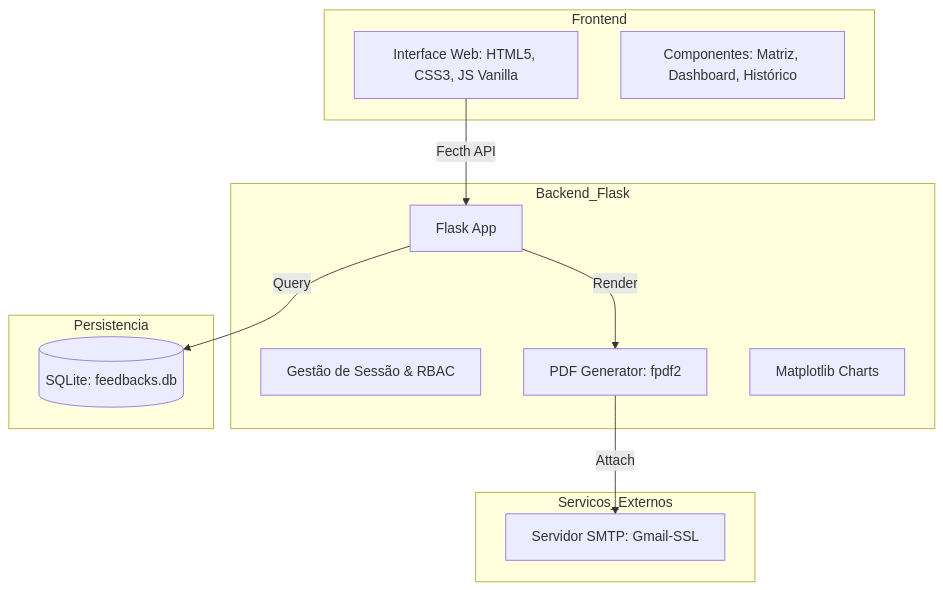
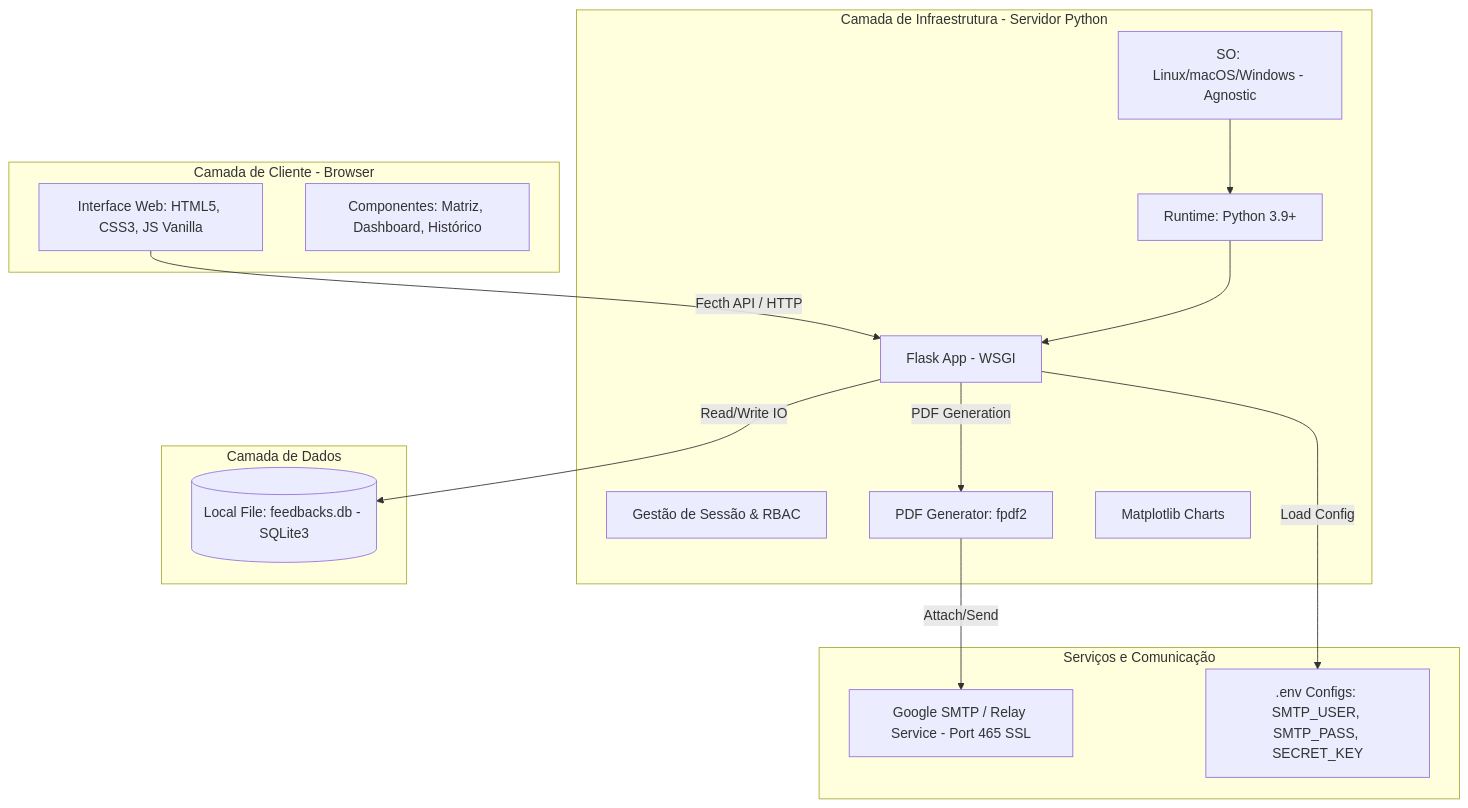
The diagram in README.md (luizsilvestrini-fernando/eng_feedback_tool), drawn with Mermaid before and after one commit. The commit also changed 1 other file, not shown here.

Commit message:
docs: complete infrastructure architecture and postman environment variables

````diff
--- a/README.md
+++ b/README.md
@@ -9,27 +9,33 @@
 ```mermaid
 graph TD
-    subgraph Frontend
+    subgraph Cliente_Navegador [Camada de Cliente - Browser]
         Web[Interface Web: HTML5, CSS3, JS Vanilla]
         UI[Componentes: Matriz, Dashboard, Histórico]
     end
 
-    subgraph Backend_Flask
-        API[Flask App]
+    subgraph Servidor_Aplicacao [Camada de Infraestrutura - Servidor Python]
+        OS[SO: Linux/macOS/Windows - Agnostic]
+        Python[Runtime: Python 3.9+]
+        API[Flask App - WSGI]
         Auth[Gestão de Sessão & RBAC]
         PDF[PDF Generator: fpdf2]
         Charts[Matplotlib Charts]
     end
 
-    subgraph Persistencia
-        DB[(SQLite: feedbacks.db)]
+    subgraph Persistencia_Dados [Camada de Dados]
+        DB[(Local File: feedbacks.db - SQLite3)]
     end
 
-    subgraph Servicos_Externos
-        SMTP[Servidor SMTP: Gmail-SSL]
+    subgraph Servicos_Externos [Serviços e Comunicação]
+        SMTP[Google SMTP / Relay Service - Port 465 SSL]
+        DotEnv[.env Configs: SMTP_USER, SMTP_PASS, SECRET_KEY]
     end
 
-    Web -->|Fecth API| API
-    API -->|Query| DB
-    API -->|Render| PDF
-    PDF -->|Attach| SMTP
+    Web -->|Fecth API / HTTP| API
+    API -->|Read/Write IO| DB
+    API -->|PDF Generation| PDF
+    PDF -->|Attach/Send| SMTP
+    API -->|Load Config| DotEnv
+    OS --> Python
+    Python --> API
 ```
````
